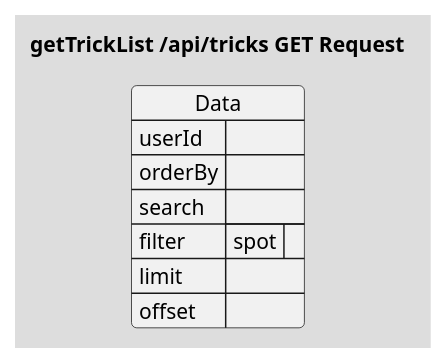
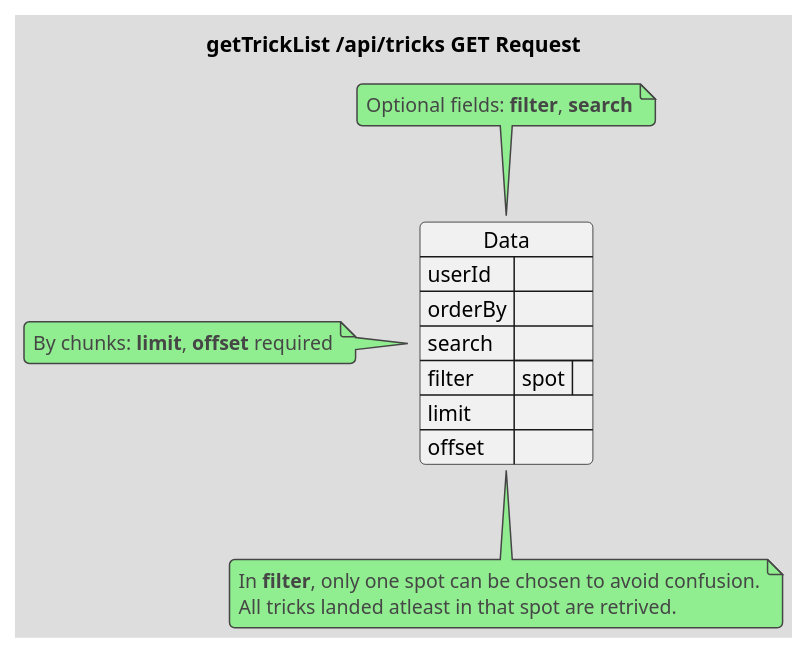
One commit to crah-app/diagrams changed the first of 2 diagrams in api/src/Tricks/GET/getTrickList.puml. Above: the diagram before and after it, drawn with PlantUML. The commit also changed other lines of this file and 5 other files, not shown here.

Commit message:
Added notes in Tricks diagrams

```diff
--- a/api/src/Tricks/GET/getTrickList.puml
+++ b/api/src/Tricks/GET/getTrickList.puml
@@ -1,18 +1,32 @@
 @startuml getTrickList-Request
 !theme toy
+skinparam linetype ortho
 title "getTrickList /api/tricks GET Request"
 
 json Data {
     "userId": "",
     ' Points, ...
     "orderBy": "",
     "search": "",
     "filter": {
         ' For filtering, only one spot can be chosen to avoid confusion.
         ' All tricks landed atleast in that spot are retrived
         "spot": ""
     },
     "limit": "",
     "offset": ""
 }
+
+note top of Data
+    Optional fields: **filter**, **search**
+end note
+
+note bottom of Data
+    In **filter**, only one spot can be chosen to avoid confusion.
+    All tricks landed atleast in that spot are retrived.
+end note
+
+note left of Data
+    By chunks: **limit**, **offset** required
+end note
 @enduml
```
